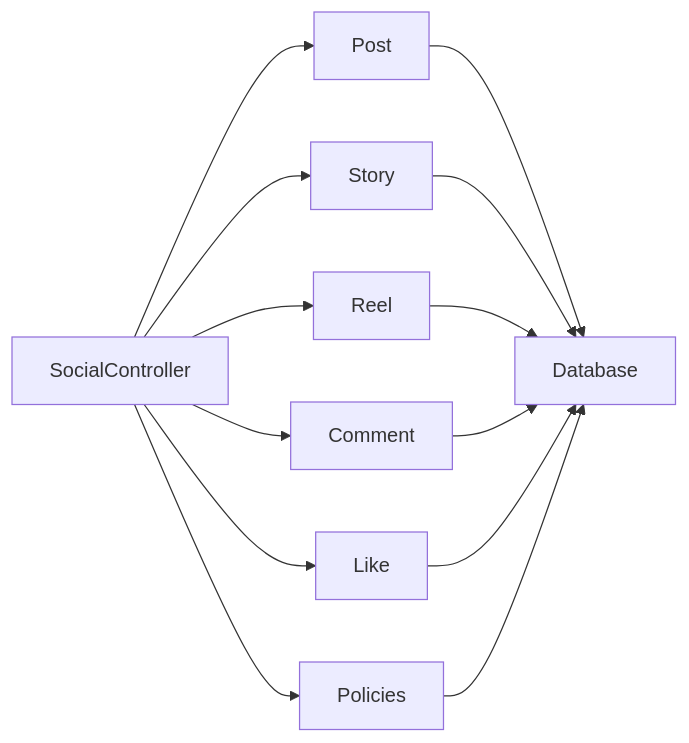
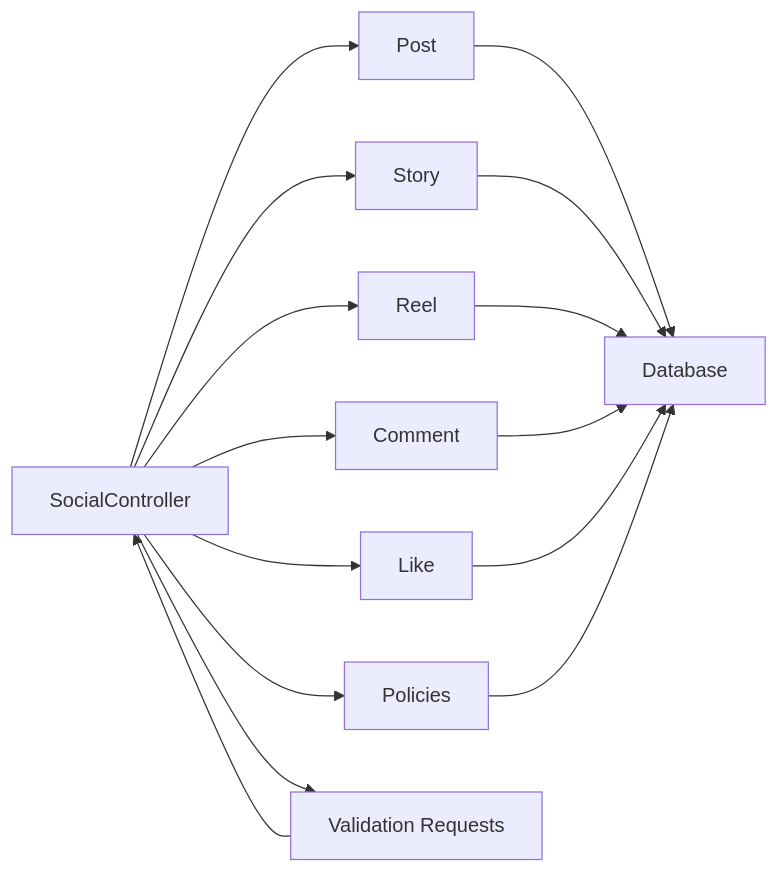
Diagram 13 of 13 in .qoder/repowiki/en/content/Social Features.md (VenokM05/Travel_Project), drawn with Mermaid before and after one commit. The commit also changed other lines of this file and 23 other files, not shown here.

````diff
--- a/.qoder/repowiki/en/content/Social Features.md
+++ b/.qoder/repowiki/en/content/Social Features.md
@@ -547,15 +598,17 @@
 ```mermaid
 graph LR
 SC["SocialController"] --> P["Post"]
 SC --> S["Story"]
 SC --> R["Reel"]
 SC --> C["Comment"]
 SC --> L["Like"]
 SC --> POL["Policies"]
+SC --> REQ["Validation Requests"]
 P --> DB["Database"]
 S --> DB
 R --> DB
 C --> DB
 L --> DB
 POL --> DB
+REQ --> SC
 ```
````
